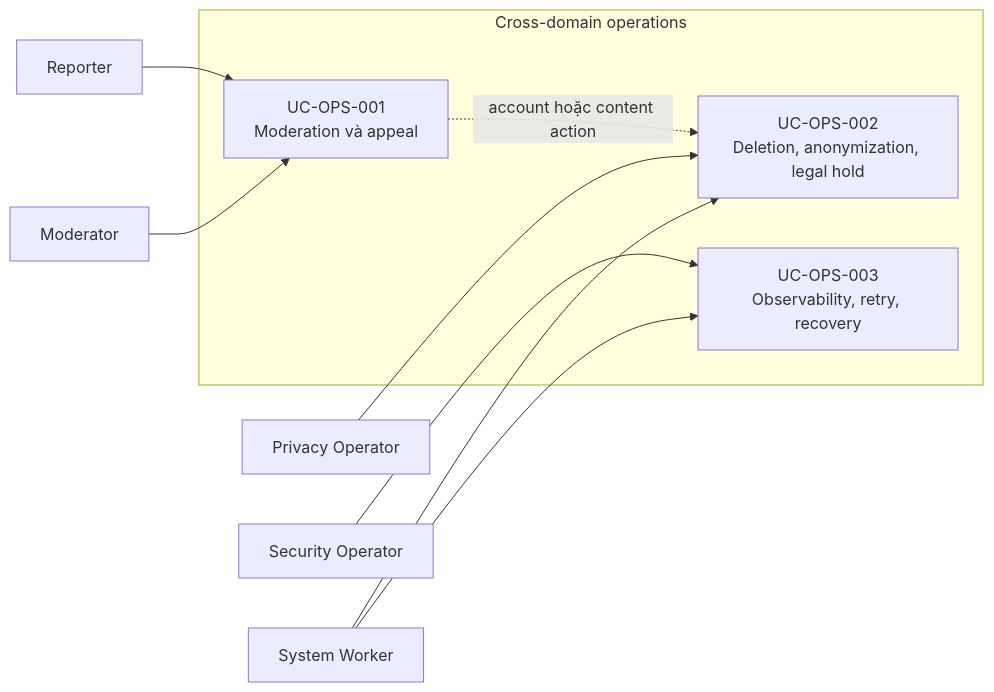
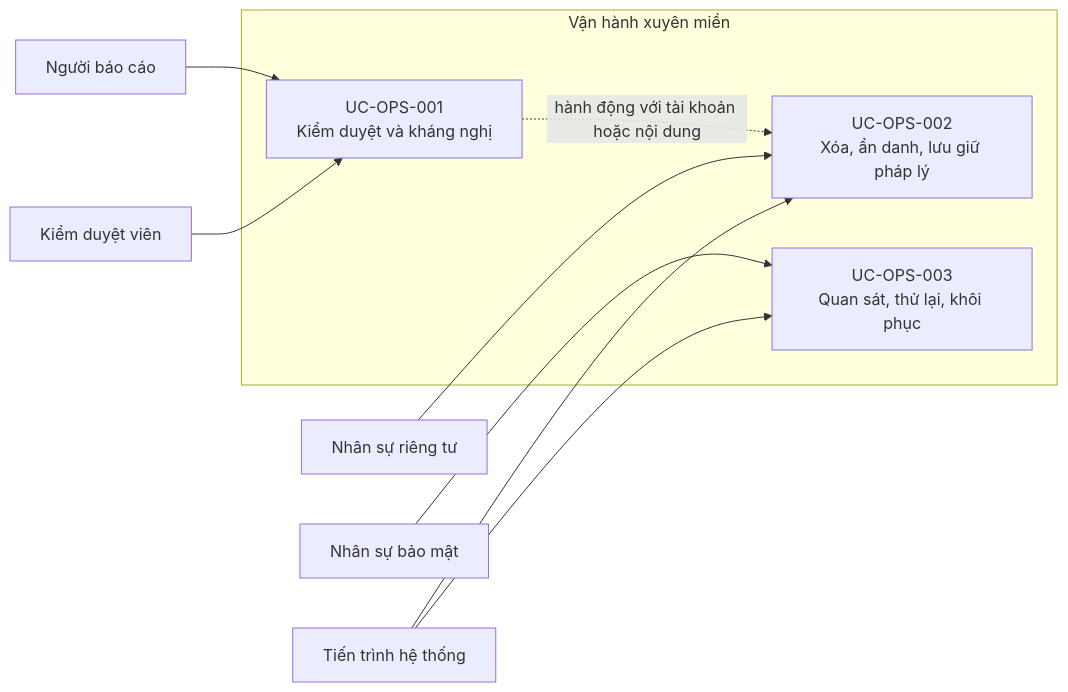
Before and after one commit to daovanhung-dev/Study2Work: the seventh of 47 diagrams in docs/BD/02_BIEU_DO_HE_THONG.md, drawn with Mermaid. The commit also changed other lines of this file and 2295 other files, not shown here.

````diff
--- a/docs/BD/02_BIEU_DO_HE_THONG.md
+++ b/docs/BD/02_BIEU_DO_HE_THONG.md
@@ -307,22 +307,22 @@
 ```mermaid
 flowchart LR
-    Reporter[Reporter]
-    Moderator[Moderator]
-    Privacy[Privacy Operator]
-    Security[Security Operator]
-    Worker[System Worker]
+    Reporter[Người báo cáo]
+    Moderator[Kiểm duyệt viên]
+    Privacy[Nhân sự riêng tư]
+    Security[Nhân sự bảo mật]
+    Worker[Tiến trình hệ thống]
 
-    subgraph OPS[Cross-domain operations]
-        Mod["UC-OPS-001<br/>Moderation và appeal"]
-        Delete["UC-OPS-002<br/>Deletion, anonymization, legal hold"]
-        Recover["UC-OPS-003<br/>Observability, retry, recovery"]
+    subgraph OPS[Vận hành xuyên miền]
+        Mod["UC-OPS-001<br/>Kiểm duyệt và kháng nghị"]
+        Delete["UC-OPS-002<br/>Xóa, ẩn danh, lưu giữ pháp lý"]
+        Recover["UC-OPS-003<br/>Quan sát, thử lại, khôi phục"]
     end
 
     Reporter --> Mod
     Moderator --> Mod
     Privacy --> Delete
     Security --> Recover
     Worker --> Delete
     Worker --> Recover
-    Mod -. account hoặc content action .-> Delete
+    Mod -. hành động với tài khoản hoặc nội dung .-> Delete
 ```
````
